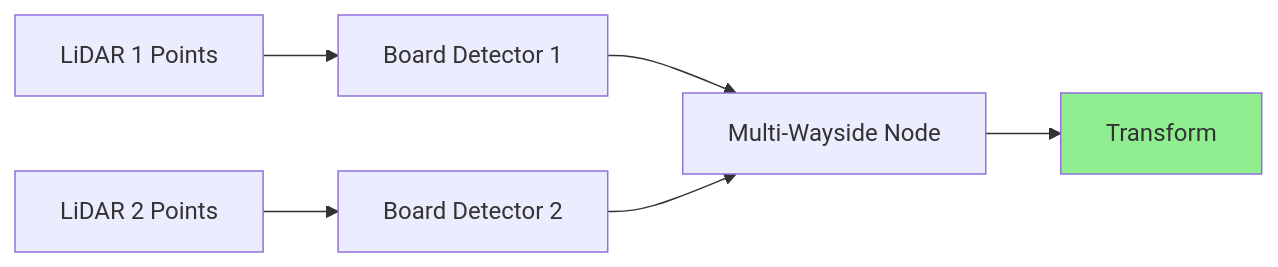
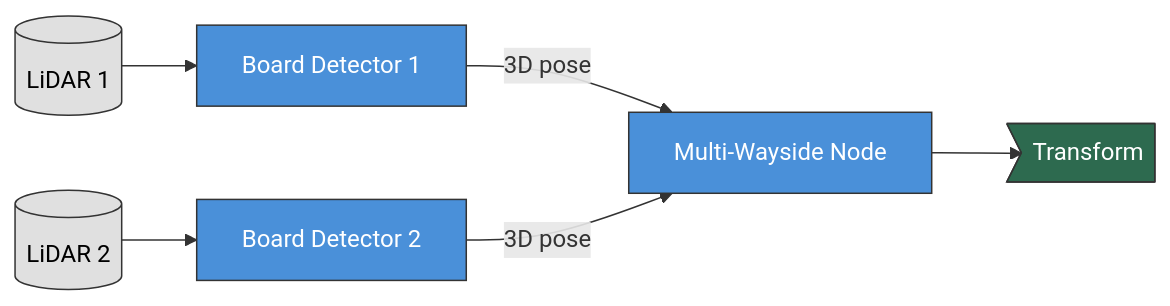
The diagram in book/src/user-guide/multi-lidar.md (NEWSLabNTU/LCTK), drawn with Mermaid before and after one commit. The commit also changed other lines of this file and 17 other files, not shown here.

Commit message:
Rewrite book content: Fix outdated content. Add dataflow diagrams. Remove project status page

````diff
--- a/book/src/user-guide/multi-lidar.md
+++ b/book/src/user-guide/multi-lidar.md
@@ -7,10 +7,16 @@
 ```mermaid
 graph LR
-    A[LiDAR 1 Points] --> C[Board Detector 1]
-    B[LiDAR 2 Points] --> D[Board Detector 2]
-    C --> E[Multi-Wayside Node]
-    D --> E
-    E --> F[Transform]
+    A[(LiDAR 1)] --> C[Board Detector 1]
+    B[(LiDAR 2)] --> D[Board Detector 2]
+    C -->|3D pose| E[Multi-Wayside Node]
+    D -->|3D pose| E
+    E --> F>Transform]
 
-    style F fill:#90EE90
+    classDef sensor fill:#e0e0e0,stroke:#333,color:#000
+    classDef node fill:#4a90d9,stroke:#333,color:#fff
+    classDef output fill:#2d6a4f,stroke:#333,color:#fff
+
+    class A,B sensor
+    class C,D,E node
+    class F output
 ```
````
